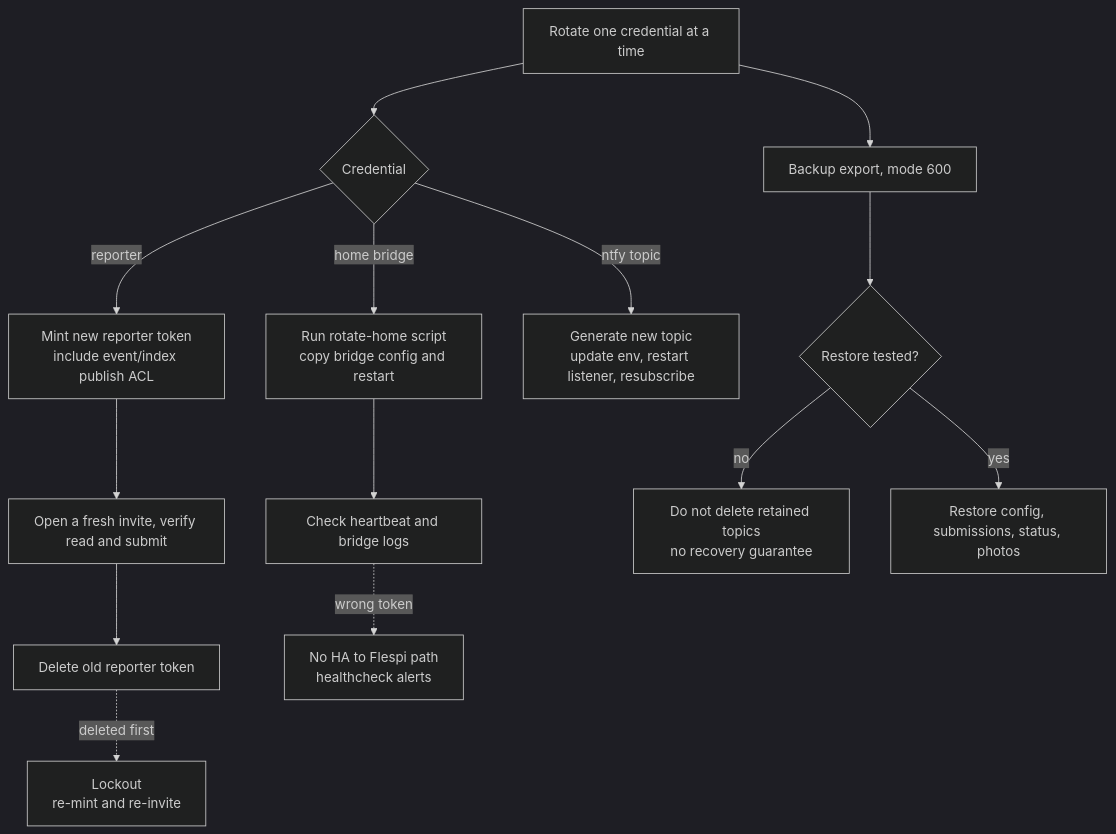
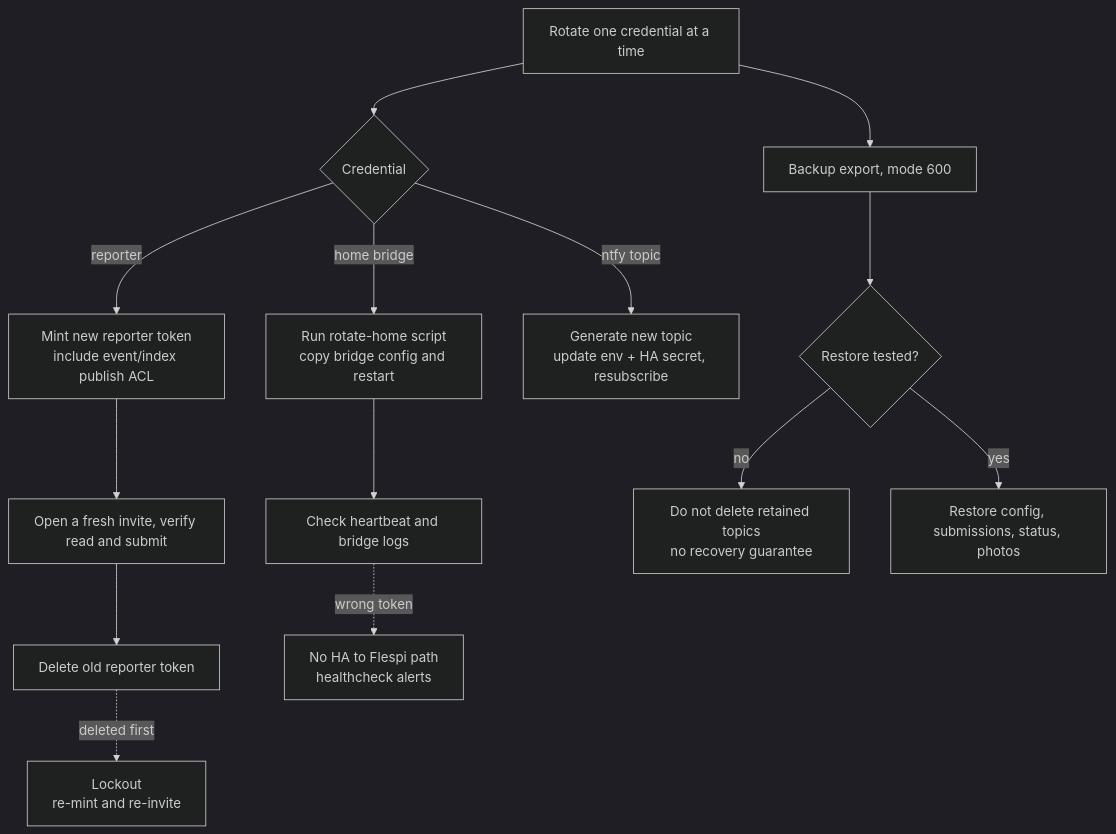
One commit to CatalinGB/report-consumption changed diagram 13 of 13 in docs/user-flows.md. Above: the diagram before and after it, drawn with Mermaid (dark theme). The commit also changed other lines of this file and 32 other files, not shown here.

````diff
--- a/docs/user-flows.md
+++ b/docs/user-flows.md
@@ -1039,16 +1040,16 @@
 ```mermaid
 flowchart TD
   A["Rotate one credential at a time"] --> B{"Credential"}
   B -->|"reporter"| C["Mint new reporter token<br/>include event/index publish ACL"]
   C --> D["Open a fresh invite, verify read and submit"]
   D --> E["Delete old reporter token"]
   E -.->|"deleted first"| E1["Lockout<br/>re-mint and re-invite"]
   B -->|"home bridge"| F["Run rotate-home script<br/>copy bridge config and restart"]
   F --> G["Check heartbeat and bridge logs"]
   G -.->|"wrong token"| G1["No HA to Flespi path<br/>healthcheck alerts"]
-  B -->|"ntfy topic"| H["Generate new topic<br/>update env, restart listener, resubscribe"]
+  B -->|"ntfy topic"| H["Generate new topic<br/>update env + HA secret, resubscribe"]
   A --> I["Backup export, mode 600"]
   I --> J{"Restore tested?"}
   J -->|"no"| J1["Do not delete retained topics<br/>no recovery guarantee"]
   J -->|"yes"| K["Restore config, submissions, status, photos"]
 ```
````
